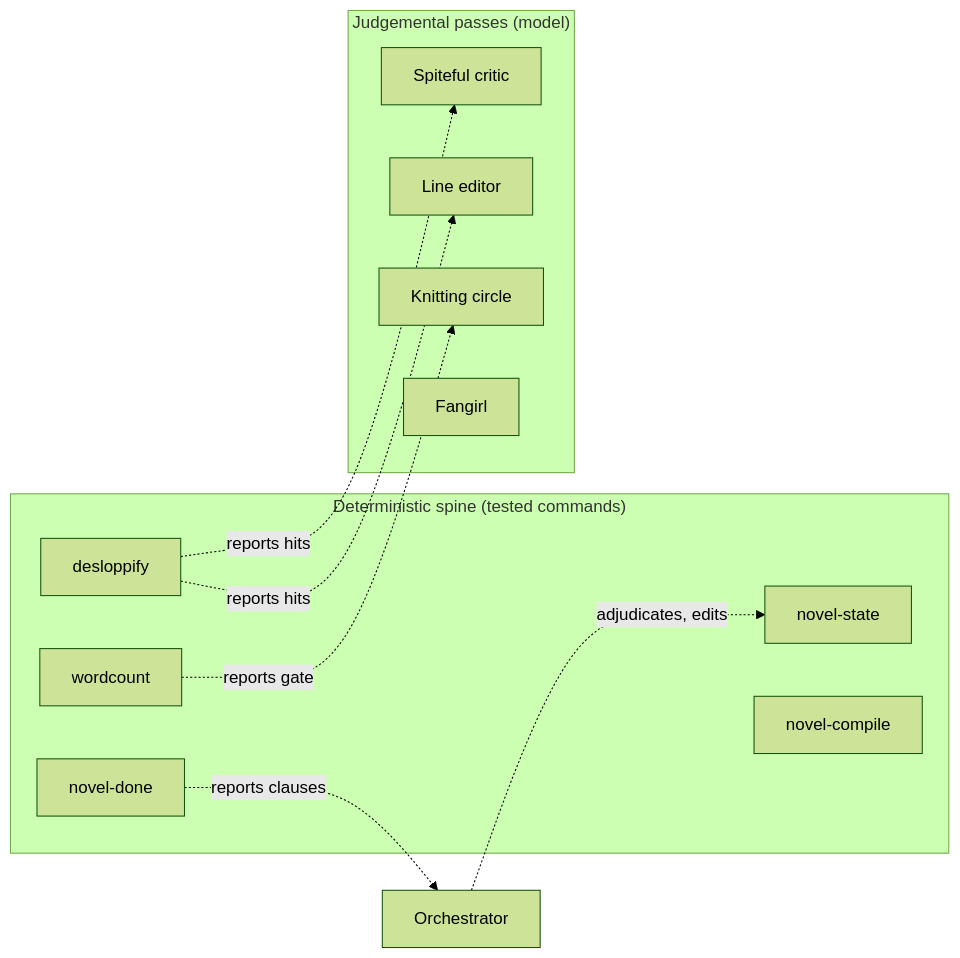
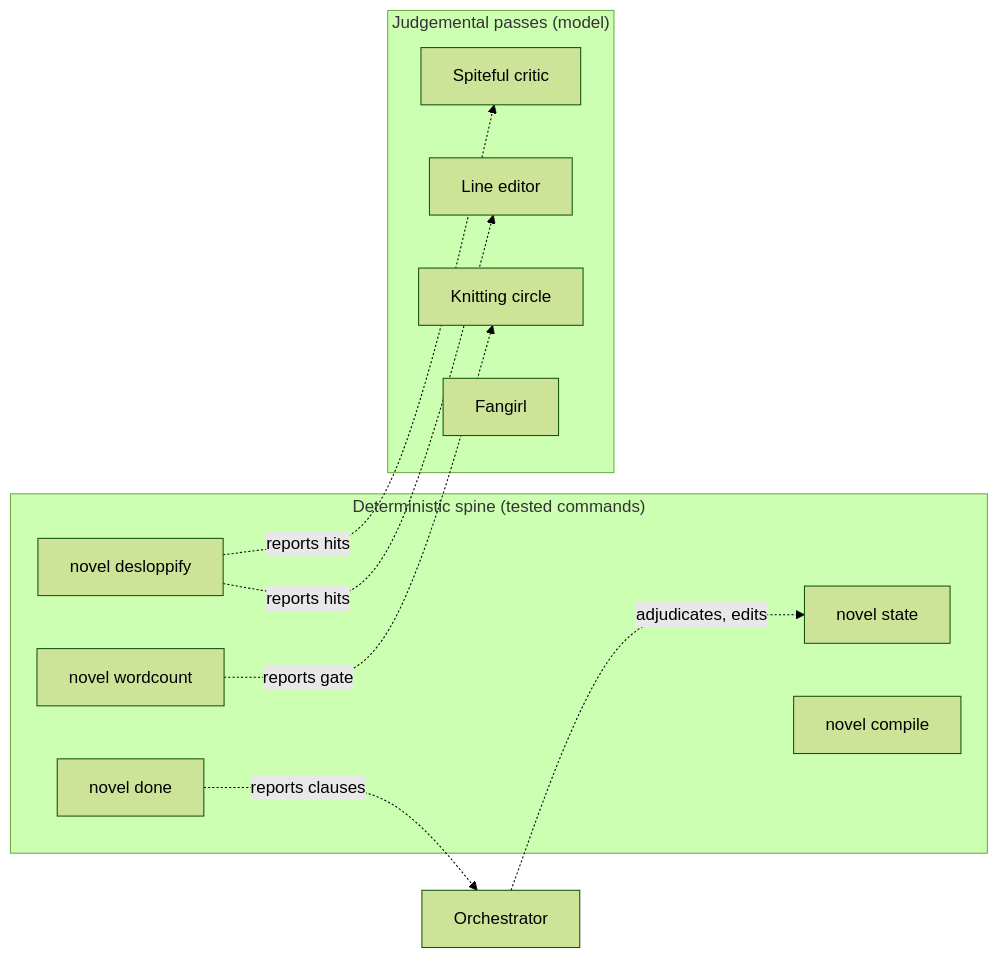
Before and after one commit to leynos/novel-ralph-skill: the first of 3 diagrams in docs/novel-ralph-harness-design.md, drawn with Mermaid (forest theme). The commit also changed other lines of this file and 4 other files, not shown here.

````diff
--- a/docs/novel-ralph-harness-design.md
+++ b/docs/novel-ralph-harness-design.md
@@ -53,21 +53,21 @@
 ```mermaid
 graph LR
     subgraph Deterministic["Deterministic spine (tested commands)"]
-        ST[novel-state]
-        DN[novel-done]
-        CO[novel-compile]
-        DS[desloppify]
-        WC[wordcount]
+        ST[novel state]
+        DN[novel done]
+        CO[novel compile]
+        DS[novel desloppify]
+        WC[novel wordcount]
     end
     subgraph Judgemental["Judgemental passes (model)"]
         SC[Spiteful critic]
         LE[Line editor]
         KC[Knitting circle]
         FG[Fangirl]
     end
     DS -. reports hits .-> LE
     DS -. reports hits .-> SC
     WC -. reports gate .-> KC
     DN -. reports clauses .-> Orchestrator
     Orchestrator -. adjudicates, edits .-> ST
 ```
````
